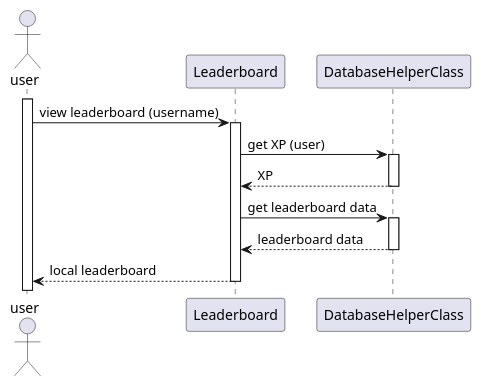
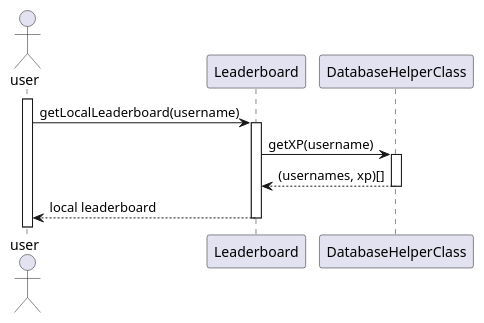
One commit to PolyPong/PolyPong changed the diagram in doc/sequencediagrams/fr8.puml. Above: the diagram before and after it, drawn with PlantUML.

Commit message:
final fr8 hopefully

```diff
--- a/doc/sequencediagrams/fr8.puml
+++ b/doc/sequencediagrams/fr8.puml
@@ -36,22 +1,57 @@
 @startuml
+'actor user
+''
+'participant Leaderboard as L
+'participant AuthenticationClass as A
+'participant User as U
+'participant DatabaseHelperClass as db
+''
+'activate user
+'user -> L: view leaderboard (JWT)
+''        activate L
+''                L -> A: verify JWT
+''                activate A
+''                        alt jwt is valid
+''                                A --> L: valid
+''                                L -> U: get user XP
+''                                activate U
+''                                        U -> db: get user XP
+''                                        activate db
+''                                                db --> U: user XP
+''                                        deactivate db
+''                                        U --> L: user XP
+''                                deactivate U
+''                                L -> db: get leaderboard data
+''                                activate db
+''                                        db --> L: leaderboard data
+''                                deactivate db
+''                                L --> user: local leaderboard
+''                        else
+''                                A --> L: invalid
+''                deactivate A
+''                        L --> user: invalid JWT
+''                end
+'deactivate L
+''
+
+
 actor user
 
 participant Leaderboard as L
 participant DatabaseHelperClass as db
 
 activate user
-user -> L: view leaderboard (username)
+user -> L: getLocalLeaderboard(username)
         activate L
-                L -> db: get XP (user)
+                L -> db: getXP(username)
                 activate db
-                        db --> L : XP
+                        db --> L : (usernames, xp)[]
                         
                                         deactivate db
-                                L -> db: get leaderboard data
-                                activate db
-                                        db --> L: leaderboard data
-                                deactivate db
+'                                L -> db: get leaderboard data
+ '                               activate db
+  '                                      db --> L: leaderboard data
+  '                              deactivate db
                                 L --> user: local leaderboard
 deactivate L
-
 @enduml
```
